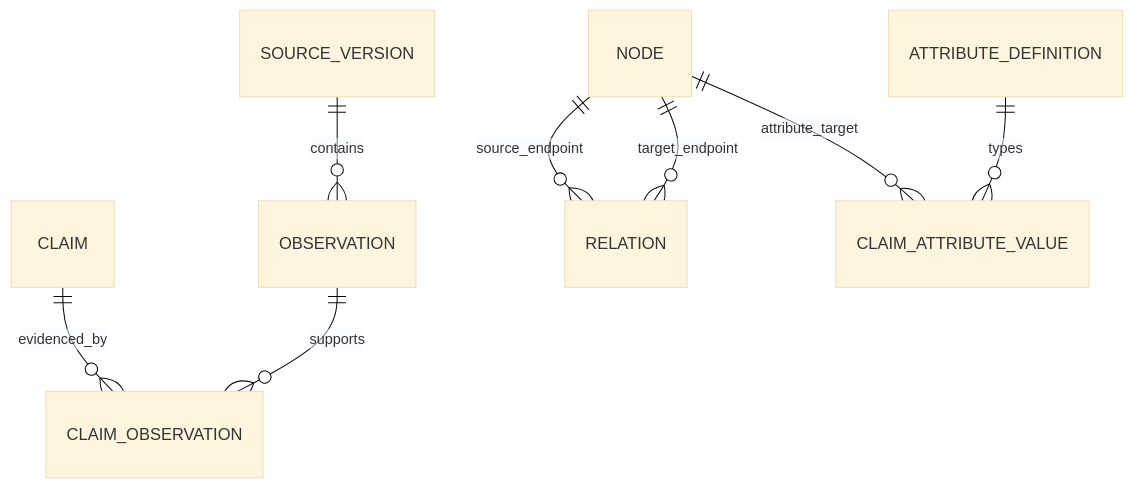
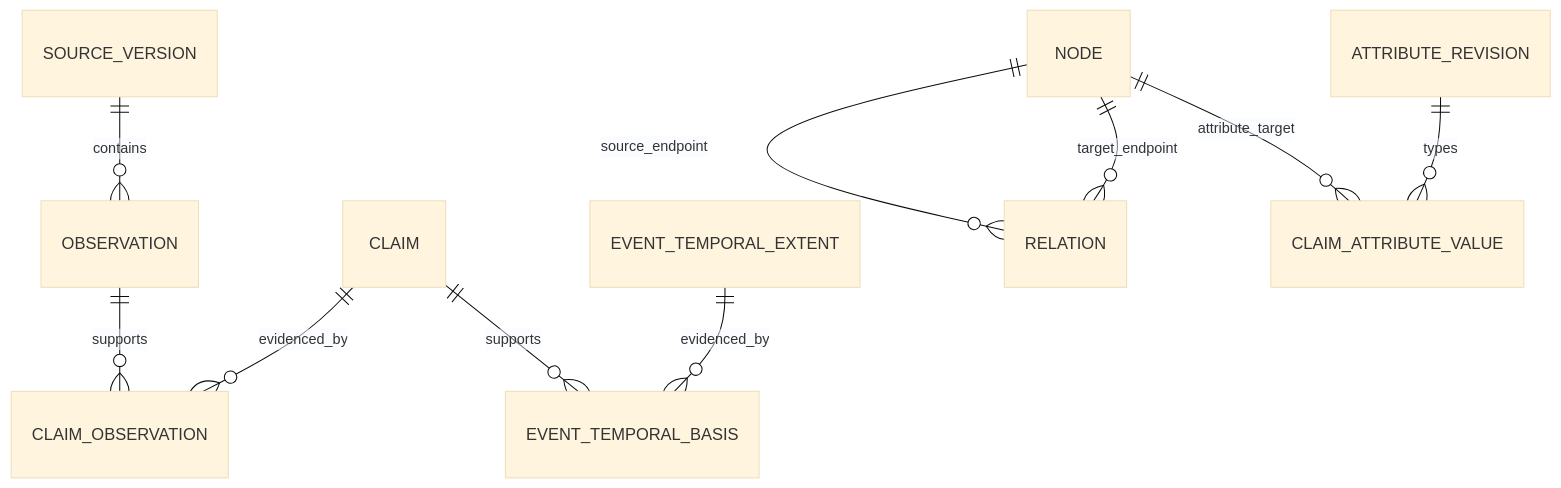
One commit to studylida/ontology-map changed the sixth of 8 diagrams in logical-data-schema.md. Above: the diagram before and after it, drawn with Mermaid (base theme). The commit also changed other lines of this file, not shown here.

Commit message:
docs: correct logical schema invariants

````diff
--- a/logical-data-schema.md
+++ b/logical-data-schema.md
@@ -176,10 +183,12 @@
 ```mermaid
 erDiagram
     SOURCE_VERSION ||--o{ OBSERVATION : contains
     CLAIM ||--o{ CLAIM_OBSERVATION : evidenced_by
     OBSERVATION ||--o{ CLAIM_OBSERVATION : supports
+    CLAIM ||--o{ EVENT_TEMPORAL_BASIS : supports
+    EVENT_TEMPORAL_EXTENT ||--o{ EVENT_TEMPORAL_BASIS : evidenced_by
     NODE ||--o{ RELATION : source_endpoint
     NODE ||--o{ RELATION : target_endpoint
     NODE ||--o{ CLAIM_ATTRIBUTE_VALUE : attribute_target
-    ATTRIBUTE_DEFINITION ||--o{ CLAIM_ATTRIBUTE_VALUE : types
+    ATTRIBUTE_REVISION ||--o{ CLAIM_ATTRIBUTE_VALUE : types
 ```
````
